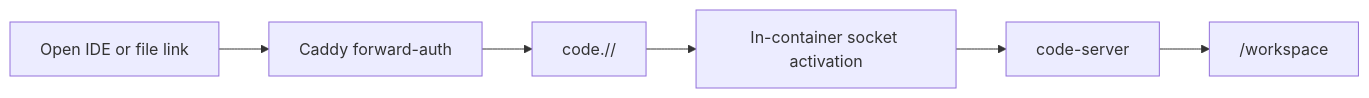
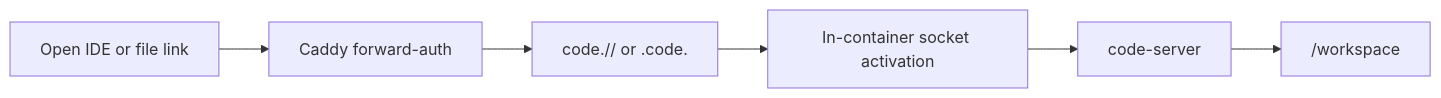
Before and after one commit to AbdallahMohamedDotnet/remote.futrx: the sixth of 6 diagrams in docs/02-workspaces/05-workspace-tools.md, drawn with Mermaid. The commit also changed 47 other files, not shown here.

````diff
--- a/docs/02-workspaces/05-workspace-tools.md
+++ b/docs/02-workspaces/05-workspace-tools.md
@@ -165,8 +165,8 @@
 ```mermaid
 flowchart LR
     Link["Open IDE or file link"] --> Auth["Caddy forward-auth"]
-    Auth --> Host["code.<host>/<slug>/"]
+    Auth --> Host["code.<host>/<slug>/ or <slug>.code.<host>"]
     Host --> Socket["In-container socket activation"]
     Socket --> Code["code-server"]
     Code --> Workspace["/workspace"]
 ```
````
